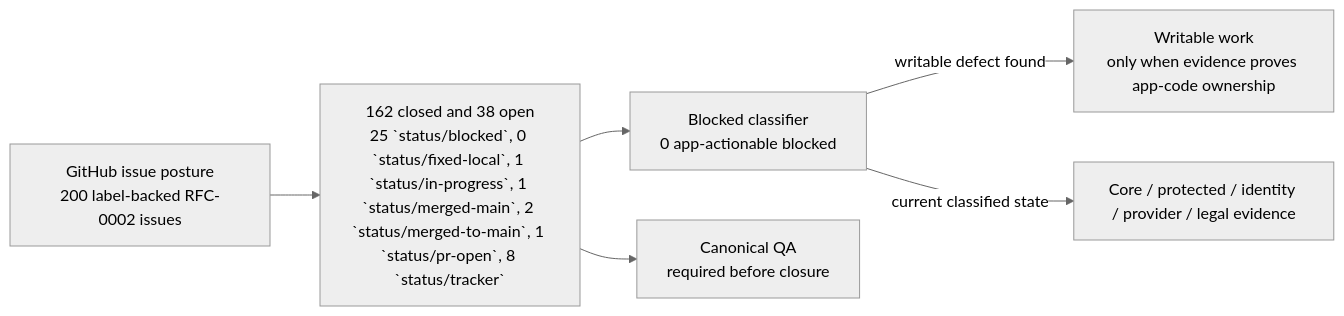
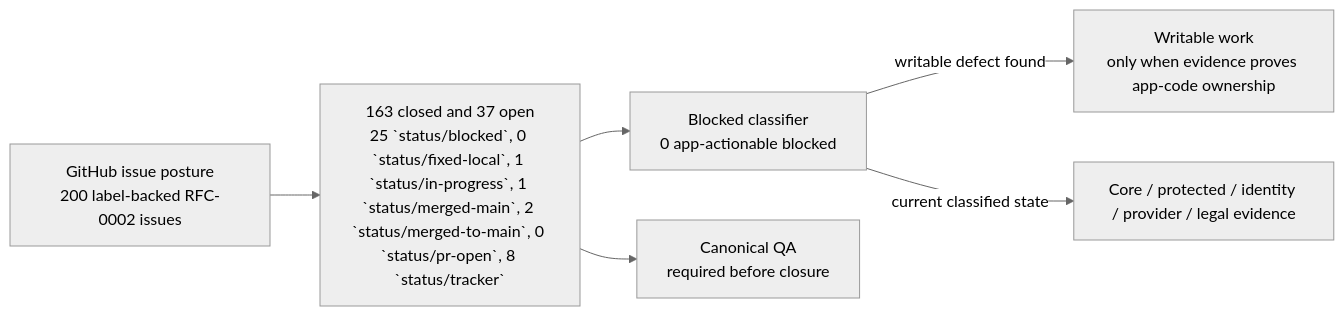
Before and after one commit to sgajbi/lotus-idea: the first of 2 diagrams in wiki/RFC-0002-Execution-Status.md, drawn with Mermaid (neutral theme). The commit also changed other lines of this file and 14 other files, not shown here.

````diff
--- a/wiki/RFC-0002-Execution-Status.md
+++ b/wiki/RFC-0002-Execution-Status.md
@@ -39,15 +39,15 @@
 ```mermaid
 flowchart LR
     Issues["GitHub issue posture<br/>200 label-backed RFC-0002 issues"]
-    Open["162 closed and 38 open<br/>25 `status/blocked`, 0 `status/fixed-local`, 1 `status/in-progress`, 1 `status/merged-main`, 2 `status/merged-to-main`, 1 `status/pr-open`, 8 `status/tracker`"]
+    Open["163 closed and 37 open<br/>25 `status/blocked`, 0 `status/fixed-local`, 1 `status/in-progress`, 1 `status/merged-main`, 2 `status/merged-to-main`, 0 `status/pr-open`, 8 `status/tracker`"]
     Blocked["Blocked classifier<br/>0 app-actionable blocked"]
     Work["Writable work<br/>only when evidence proves app-code ownership"]
     External["Core / protected / identity / provider / legal evidence"]
     QA["Canonical QA<br/>required before closure"]
 
     Issues --> Open
     Open --> Blocked
     Blocked -->|"writable defect found"| Work
     Blocked -->|"current classified state"| External
     Open --> QA
 ```
````
